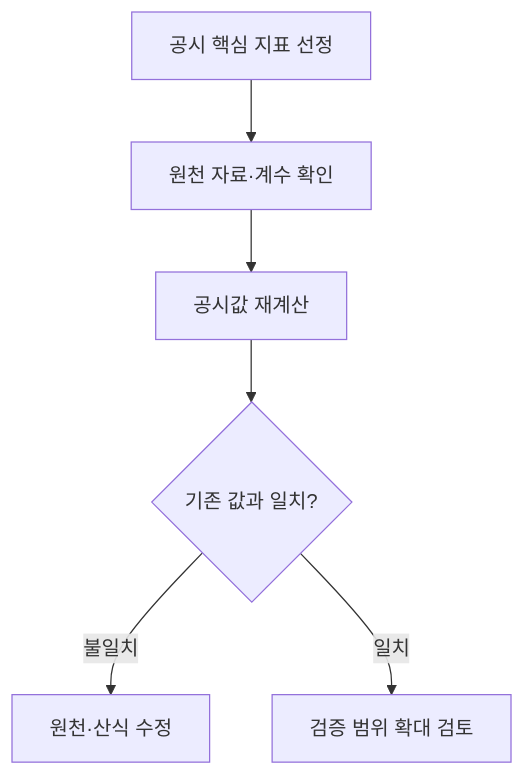
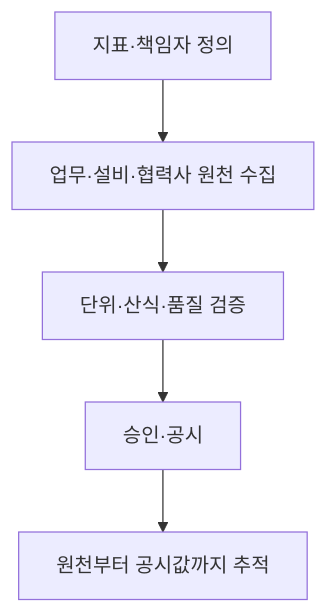
One commit to agnusdei1207/study changed the second of 2 diagrams in src/content/docs/notes/itpe/01-it-strategy/011_esg.md. Above: the diagram before and after it, drawn with Mermaid. The commit also changed other lines of this file and 2 other files, not shown here.

````diff
--- a/src/content/docs/notes/itpe/01-it-strategy/011_esg.md
+++ b/src/content/docs/notes/itpe/01-it-strategy/011_esg.md
@@ -177,8 +98,7 @@
 ```mermaid
 flowchart TD
-    A["공시 핵심 지표 선정"] --> B["원천 자료·계수 확인"]
-    B --> C["공시값 재계산"]
-    C --> D{"기존 값과 일치?"}
-    D -->|"불일치"| E["원천·산식 수정"]
-    D -->|"일치"| F["검증 범위 확대 검토"]
+    A[지표·책임자 정의] --> B[업무·설비·협력사 원천 수집]
+    B --> C[단위·산식·품질 검증]
+    C --> D[승인·공시]
+    D --> E[원천부터 공시값까지 추적]
 ```
````
